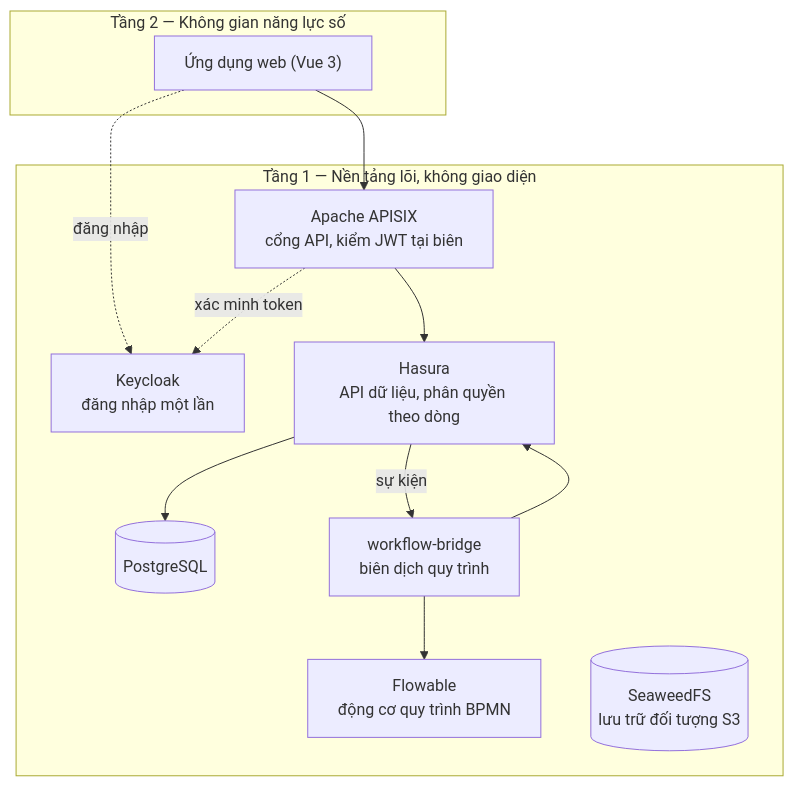
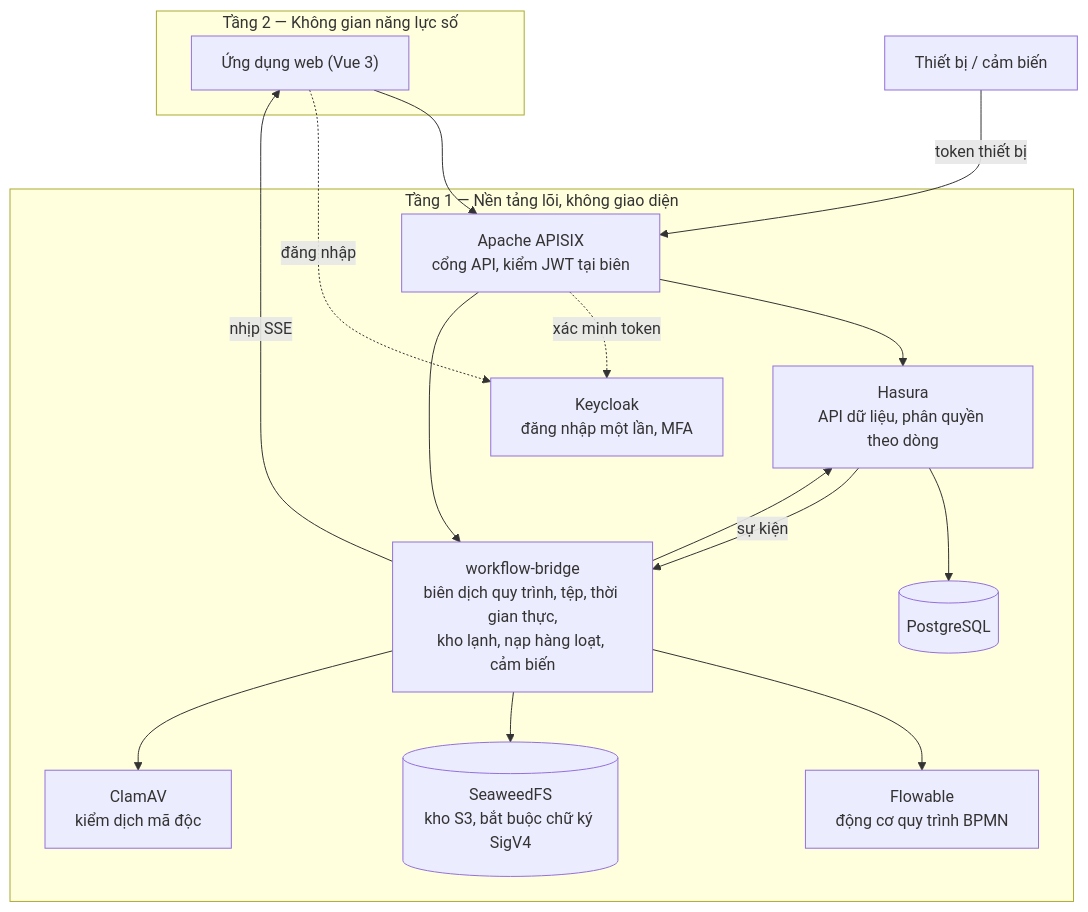
One commit to ngophatneknha/OLP-MNM changed the diagram in README.md. Above: the diagram before and after it, drawn with Mermaid. The commit also changed other lines of this file, not shown here.

````diff
--- a/README.md
+++ b/README.md
@@ -83,20 +94,27 @@
 ```mermaid
 flowchart TB
   subgraph T2["Tầng 2 — Không gian năng lực số"]
     WEB["Ứng dụng web (Vue 3)"]
   end
   subgraph T1["Tầng 1 — Nền tảng lõi, không giao diện"]
     GW["Apache APISIX<br/>cổng API, kiểm JWT tại biên"]
-    KC["Keycloak<br/>đăng nhập một lần"]
+    KC["Keycloak<br/>đăng nhập một lần, MFA"]
     HS["Hasura<br/>API dữ liệu, phân quyền theo dòng"]
     PG[("PostgreSQL")]
-    BR["workflow-bridge<br/>biên dịch quy trình"]
+    BR["workflow-bridge<br/>biên dịch quy trình, tệp, thời gian thực,<br/>kho lạnh, nạp hàng loạt, cảm biến"]
     FL["Flowable<br/>động cơ quy trình BPMN"]
-    S3[("SeaweedFS<br/>lưu trữ đối tượng S3")]
+    S3[("SeaweedFS<br/>kho S3, bắt buộc chữ ký SigV4")]
+    AV["ClamAV<br/>kiểm dịch mã độc"]
   end
+  DEV["Thiết bị / cảm biến"]
   WEB --> GW --> HS --> PG
   WEB -. đăng nhập .-> KC
   GW -. xác minh token .-> KC
   HS -- sự kiện --> BR --> FL
   BR --> HS
+  GW --> BR
+  BR --> S3
+  BR --> AV
+  DEV -- "token thiết bị" --> GW
+  BR -- "nhịp SSE" --> WEB
 ```
````
